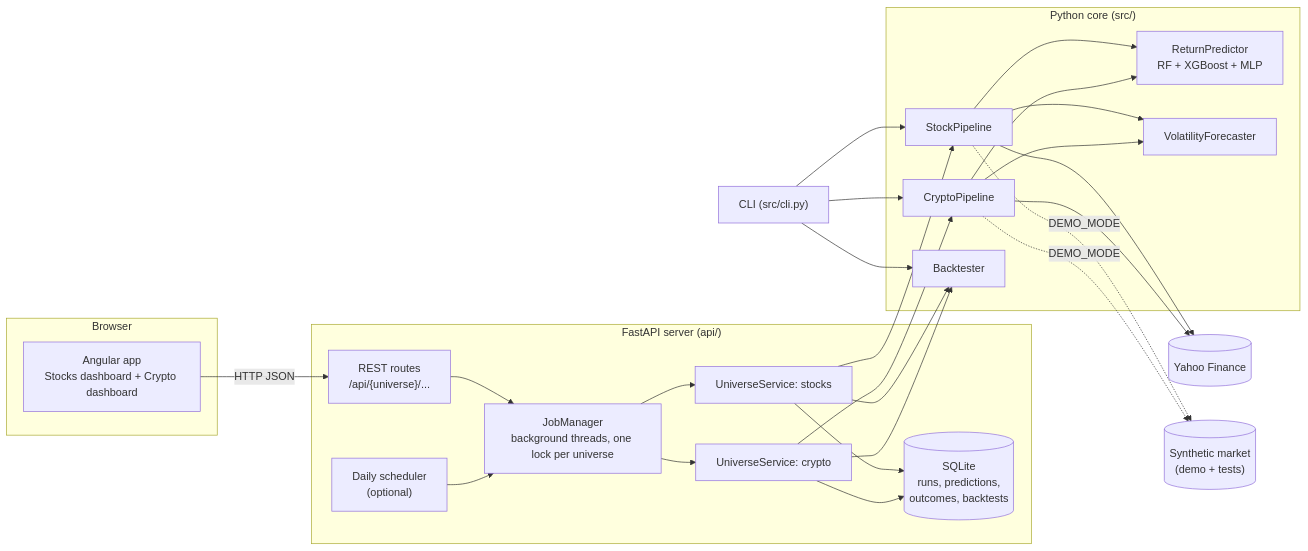
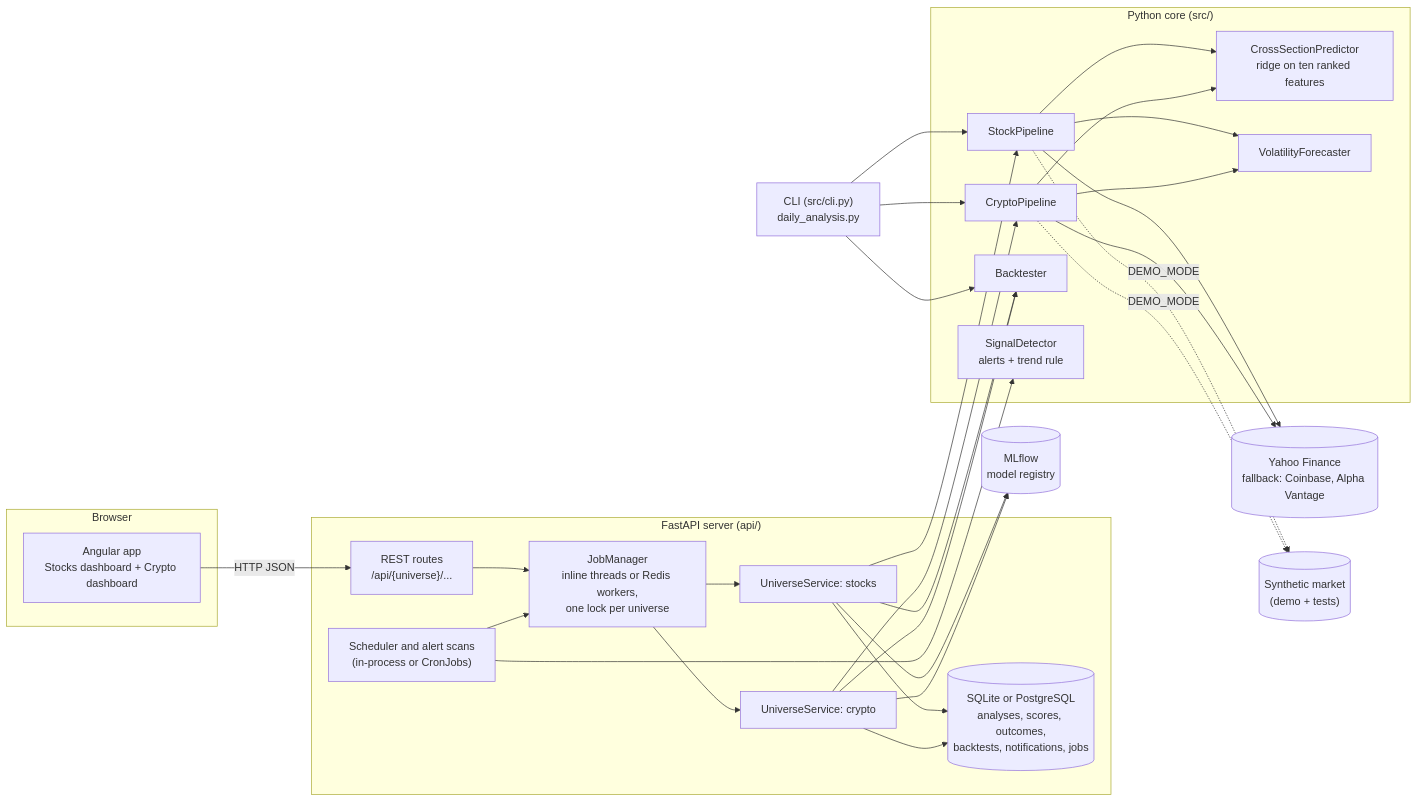
One commit to elyr/stock-market-predictor changed the diagram in docs/ARCHITECTURE.md. Above: the diagram before and after it, drawn with Mermaid. The commit also changed other lines of this file and 27 other files, not shown here.

First line of the commit message:
Rewrite ARCHITECTURE.md as a map and move the detail to docs/design and docs/adr (#113)

````diff
--- a/docs/ARCHITECTURE.md
+++ b/docs/ARCHITECTURE.md
@@ -63,40 +43,44 @@
 ```mermaid
 flowchart LR
     subgraph Browser
         UI["Angular app<br/>Stocks dashboard + Crypto dashboard"]
     end
 
     subgraph Server["FastAPI server (api/)"]
         ROUTES["REST routes<br/>/api/{universe}/..."]
-        JOBS["JobManager<br/>background threads, one lock per universe"]
+        JOBS["JobManager<br/>inline threads or Redis workers,<br/>one lock per universe"]
         SVC_S["UniverseService: stocks"]
         SVC_C["UniverseService: crypto"]
-        STORE[("SQLite<br/>runs, predictions,<br/>outcomes, backtests")]
-        SCHED["Daily scheduler<br/>(optional)"]
+        STORE[("SQLite or PostgreSQL<br/>analyses, scores, outcomes,<br/>backtests, notifications, jobs")]
+        SCHED["Scheduler and alert scans<br/>(in-process or CronJobs)"]
     end
 
     subgraph Core["Python core (src/)"]
         SP["StockPipeline"]
         CP["CryptoPipeline"]
         BT["Backtester"]
-        ML["ReturnPredictor<br/>RF + XGBoost + MLP"]
+        ML["CrossSectionPredictor<br/>ridge on ten ranked features"]
         VOL["VolatilityForecaster"]
+        SIG["SignalDetector<br/>alerts + trend rule"]
     end
 
-    CLI["CLI (src/cli.py)"]
-    YF[("Yahoo Finance")]
+    REG[("MLflow<br/>model registry")]
+    CLI["CLI (src/cli.py)<br/>daily_analysis.py"]
+    YF[("Yahoo Finance<br/>fallback: Coinbase, Alpha Vantage")]
     SYN[("Synthetic market<br/>(demo + tests)")]
 
     UI -->|HTTP JSON| ROUTES
     ROUTES --> JOBS
     JOBS --> SVC_S & SVC_C
     SCHED --> JOBS
+    SCHED --> SIG
     SVC_S --> SP
     SVC_C --> CP
     SVC_S & SVC_C --> BT
     SVC_S & SVC_C --> STORE
+    SVC_S & SVC_C --> REG
     SP & CP --> ML & VOL
     SP & CP --> YF
     SP & CP -.->|DEMO_MODE| SYN
     CLI --> SP & CP & BT
 ```
````
